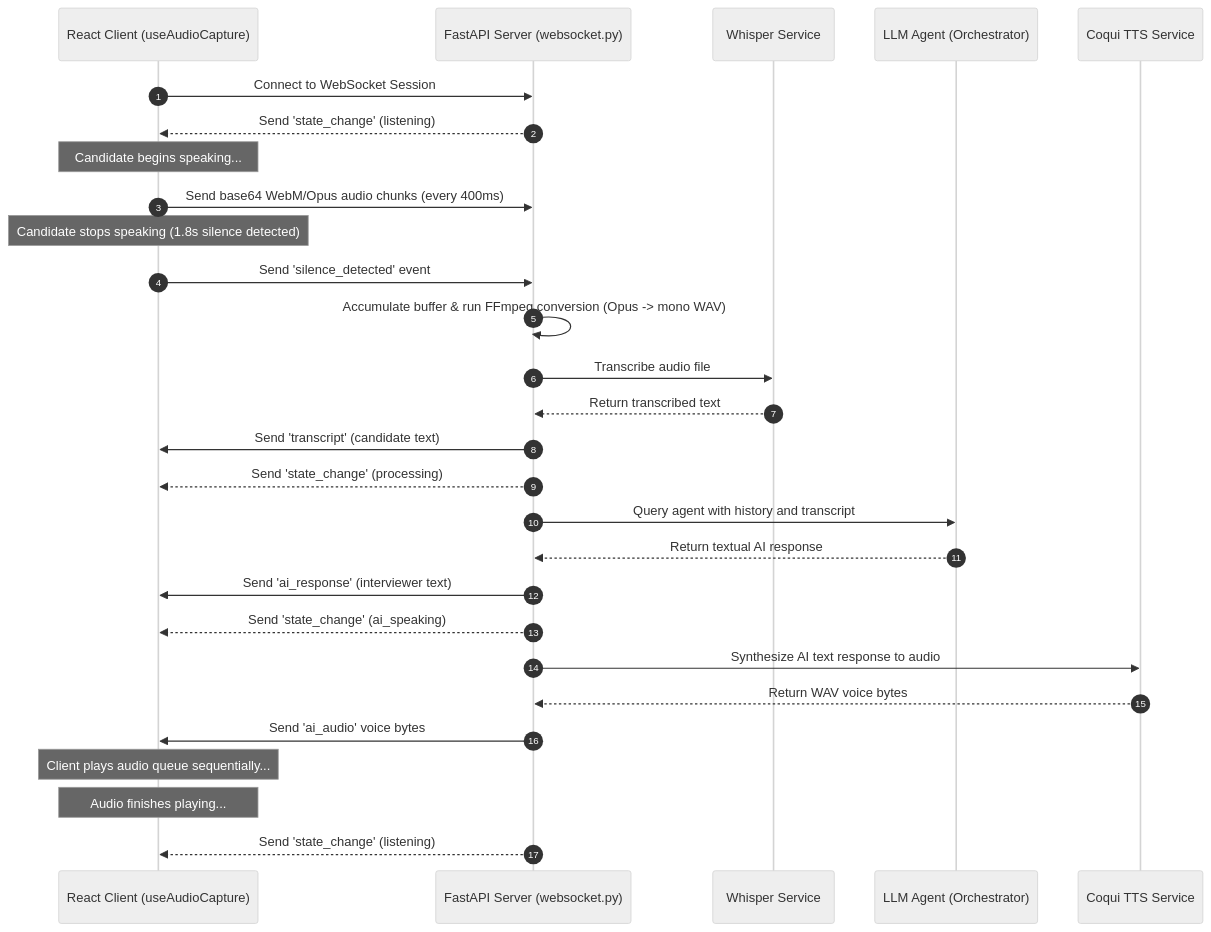
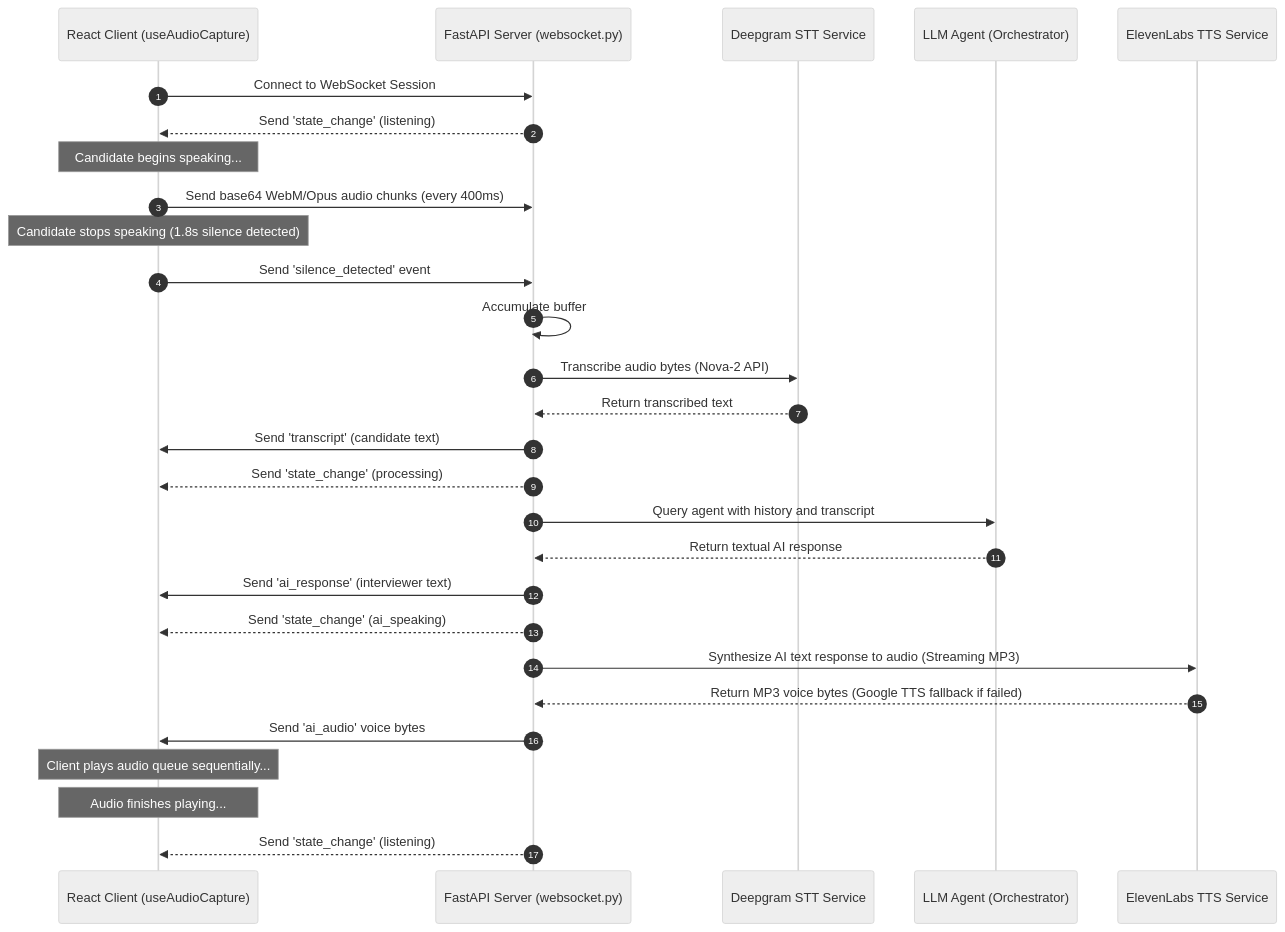
One commit to VishalRathod21/Callback_Agent changed the second of 3 diagrams in README.md. Above: the diagram before and after it, drawn with Mermaid (neutral theme). The commit also changed other lines of this file and 53 other files, not shown here.

````diff
--- a/README.md
+++ b/README.md
@@ -80,31 +94,31 @@
 ```mermaid
 sequenceDiagram
     autonumber
     participant Client as React Client (useAudioCapture)
     participant Server as FastAPI Server (websocket.py)
-    participant STT as Whisper Service
+    participant STT as Deepgram STT Service
     participant Agent as LLM Agent (Orchestrator)
-    participant TTS as Coqui TTS Service
+    participant TTS as ElevenLabs TTS Service
 
     Client->>Server: Connect to WebSocket Session
     Server-->>Client: Send 'state_change' (listening)
     Note over Client: Candidate begins speaking...
     Client->>Server: Send base64 WebM/Opus audio chunks (every 400ms)
     Note over Client: Candidate stops speaking (1.8s silence detected)
     Client->>Server: Send 'silence_detected' event
-    Server->>Server: Accumulate buffer & run FFmpeg conversion (Opus -> mono WAV)
-    Server->>STT: Transcribe audio file
+    Server->>Server: Accumulate buffer
+    Server->>STT: Transcribe audio bytes (Nova-2 API)
     STT-->>Server: Return transcribed text
     Server->>Client: Send 'transcript' (candidate text)
     Server-->>Client: Send 'state_change' (processing)
     Server->>Agent: Query agent with history and transcript
     Agent-->>Server: Return textual AI response
     Server->>Client: Send 'ai_response' (interviewer text)
     Server-->>Client: Send 'state_change' (ai_speaking)
-    Server->>TTS: Synthesize AI text response to audio
-    TTS-->>Server: Return WAV voice bytes
+    Server->>TTS: Synthesize AI text response to audio (Streaming MP3)
+    TTS-->>Server: Return MP3 voice bytes (Google TTS fallback if failed)
     Server->>Client: Send 'ai_audio' voice bytes
     Note over Client: Client plays audio queue sequentially...
     Note over Client: Audio finishes playing...
     Server-->>Client: Send 'state_change' (listening)
 ```
````
